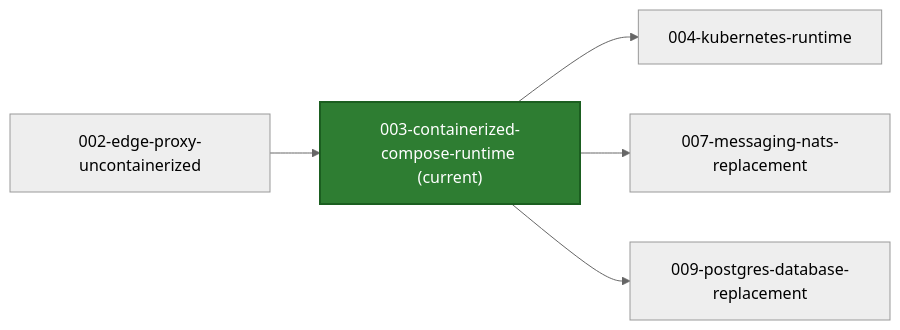
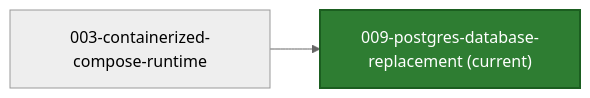
Before and after one commit to finos/traderX: the diagram in README.md, drawn with Mermaid (neutral theme). The commit also changed other lines of this file and 31 other files, not shown here.

First line of the commit message:
snapshot: 009-postgres-database-replacement generated from 68d19a554c7480a615b19c024eb0a88228c6b9ad

````diff
--- a/README.md
+++ b/README.md
@@ -21,14 +21,8 @@
 ```mermaid
 flowchart LR
-  S_CUR["003-containerized-compose-runtime (current)"]
+  S_CUR["009-postgres-database-replacement (current)"]
   style S_CUR fill:#2e7d32,stroke:#1b5e20,color:#ffffff,stroke-width:2px
-  S_PREV_002_edge_proxy_uncontainerized["002-edge-proxy-uncontainerized"] --> S_CUR
-  click S_PREV_002_edge_proxy_uncontainerized href "https://github.com/finos/traderX/tree/code%2Fgenerated-state-002-edge-proxy-uncontainerized" "Open branch"
-  S_CUR --> S_NEXT_004_kubernetes_runtime["004-kubernetes-runtime"]
-  click S_NEXT_004_kubernetes_runtime href "https://github.com/finos/traderX/tree/code%2Fgenerated-state-004-kubernetes-runtime" "Open branch"
-  S_CUR --> S_NEXT_007_messaging_nats_replacement["007-messaging-nats-replacement"]
-  click S_NEXT_007_messaging_nats_replacement href "https://github.com/finos/traderX/tree/code%2Fgenerated-state-007-messaging-nats-replacement" "Open branch"
-  S_CUR --> S_NEXT_009_postgres_database_replacement["009-postgres-database-replacement"]
-  click S_NEXT_009_postgres_database_replacement href "https://github.com/finos/traderX/tree/code%2Fgenerated-state-009-postgres-database-replacement" "Open branch"
-  click S_CUR href "https://github.com/finos/traderX/tree/code%2Fgenerated-state-003-containerized-compose-runtime" "Open current branch"
+  S_PREV_003_containerized_compose_runtime["003-containerized-compose-runtime"] --> S_CUR
+  click S_PREV_003_containerized_compose_runtime href "https://github.com/finos/traderX/tree/code%2Fgenerated-state-003-containerized-compose-runtime" "Open branch"
+  click S_CUR href "https://github.com/finos/traderX/tree/code%2Fgenerated-state-009-postgres-database-replacement" "Open current branch"
 ```
````
